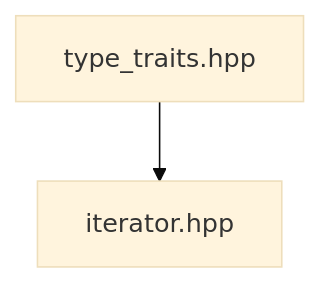
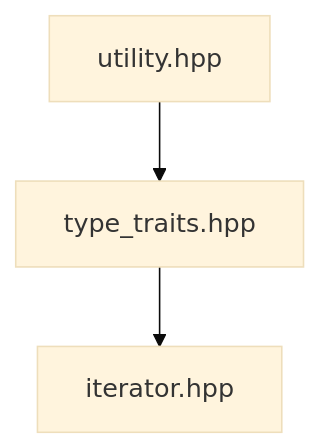
Before and after one commit to LiuYuan-SHU/tiny_stl: the first of 2 diagrams in README.md, drawn with Mermaid (base theme). The commit also changed other lines of this file, not shown here.

Commit message:
README.md: update for utility.hpp

````diff
--- a/README.md
+++ b/README.md
@@ -7,4 +7,10 @@
 ```mermaid
 flowchart TD
-type_traits.hpp --> iterator.hpp
+
+iterator[iterator.hpp]
+type_traits[type_traits.hpp]
+utility[utility.hpp]
+
+type_traits --> iterator
+utility --> type_traits
 ```
````
